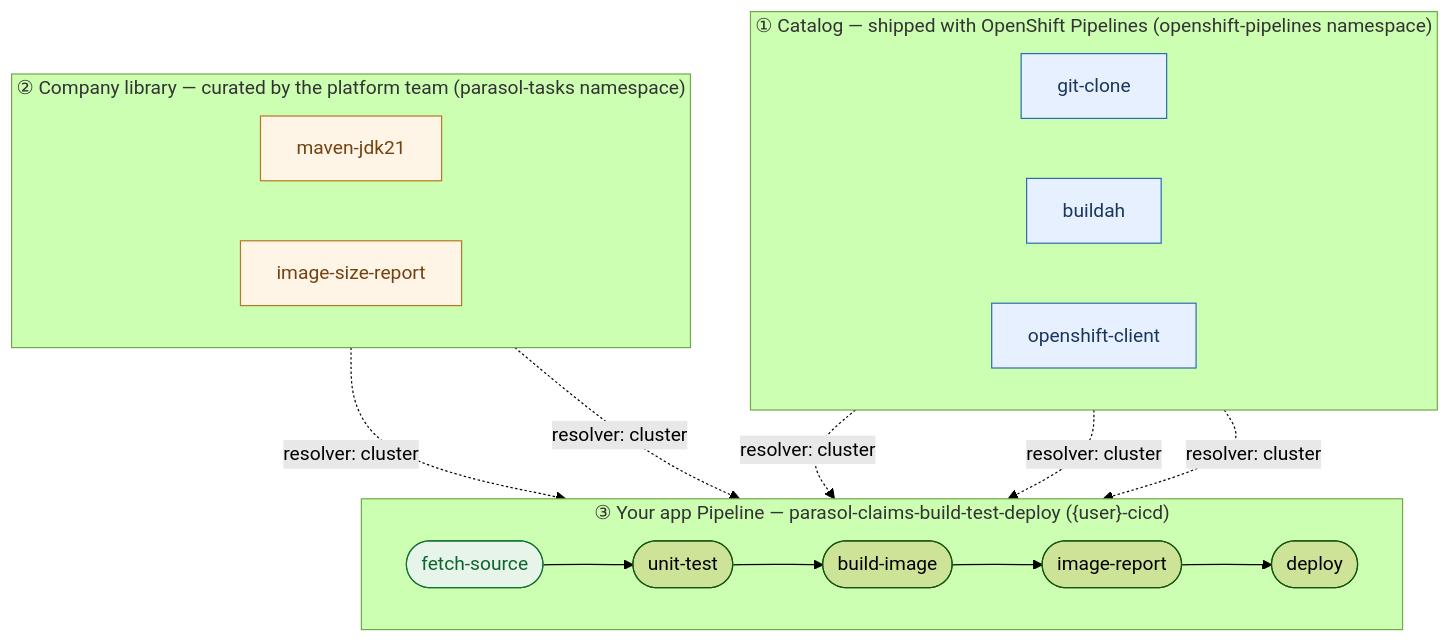
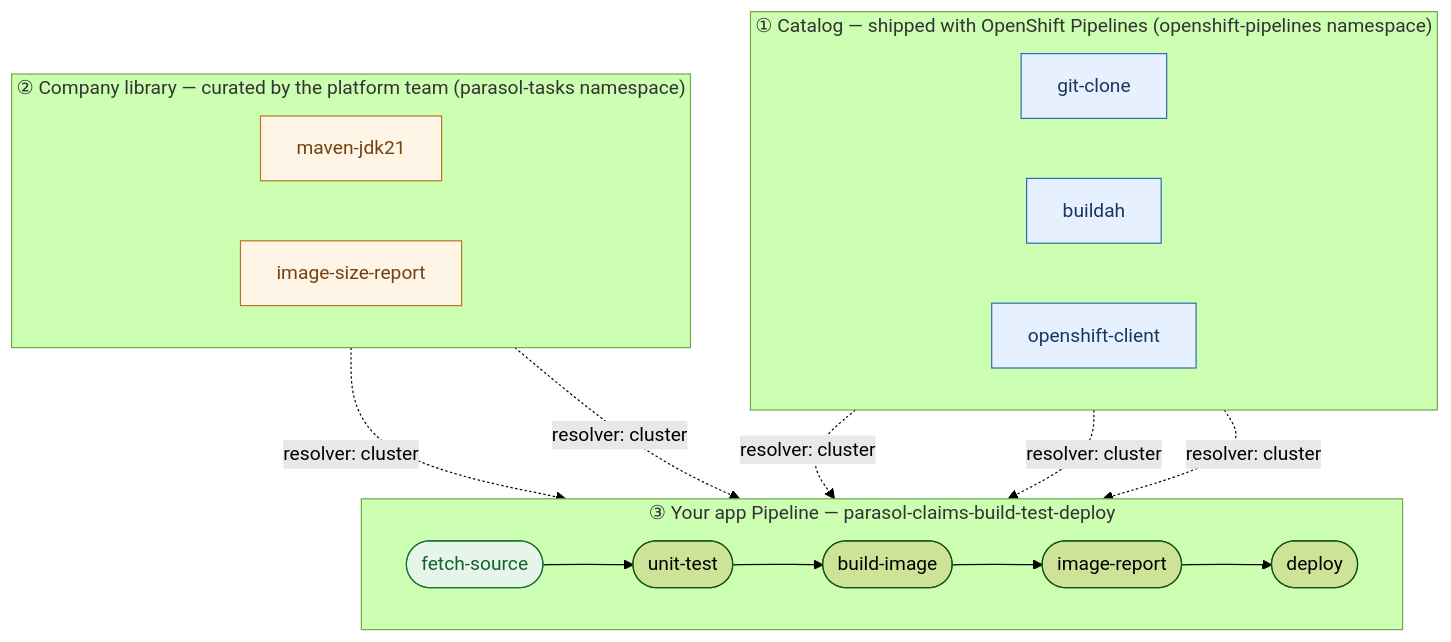
Before and after one commit to serhat-dirik/OCP-Getting-Started-Revamped: the first of 2 diagrams in content/modules/ROOT/pages/m07-pipelines-fundamentals/concept.adoc, drawn with Mermaid (forest theme). The commit also changed other lines of this file and 2 other files, not shown here.

```diff
--- a/content/modules/ROOT/pages/m07-pipelines-fundamentals/concept.adoc
+++ b/content/modules/ROOT/pages/m07-pipelines-fundamentals/concept.adoc
@@ -51,28 +51,28 @@
 [mermaid]
 ....
 flowchart TB
   subgraph CATALOG["① Catalog — shipped with OpenShift Pipelines (openshift-pipelines namespace)"]
     direction LR
     GC[git-clone]:::cat
     BAH[buildah]:::cat
     OCL[openshift-client]:::cat
   end
   subgraph LIB["② Company library — curated by the platform team (parasol-tasks namespace)"]
     direction LR
     MJ[maven-jdk21]:::lib
     ISR[image-size-report]:::lib
   end
-  subgraph APP["③ Your app Pipeline — parasol-claims-build-test-deploy ({user}-cicd)"]
+  subgraph APP["③ Your app Pipeline — parasol-claims-build-test-deploy"]
     direction LR
     T1([fetch-source]) --> T2([unit-test]) --> T3([build-image]) --> T4([image-report]) --> T5([deploy])
   end
   GC -. "resolver: cluster" .-> T1
   MJ -. "resolver: cluster" .-> T2
   BAH -. "resolver: cluster" .-> T3
   ISR -. "resolver: cluster" .-> T4
   OCL -. "resolver: cluster" .-> T5
   classDef cat fill:#e6f0ff,stroke:#2b6cb0,color:#1a365d;
   classDef lib fill:#fef5e7,stroke:#b7791f,color:#744210;
   T1:::app
   classDef app fill:#e6f4ea,stroke:#137333,color:#0d652d;
 ....
```
